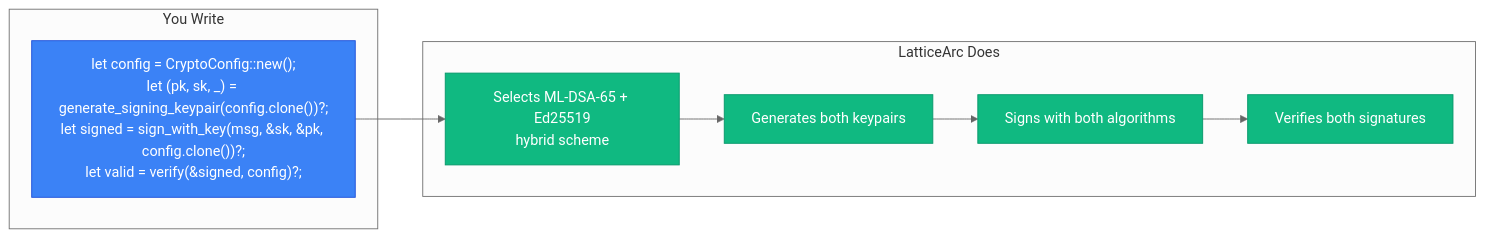
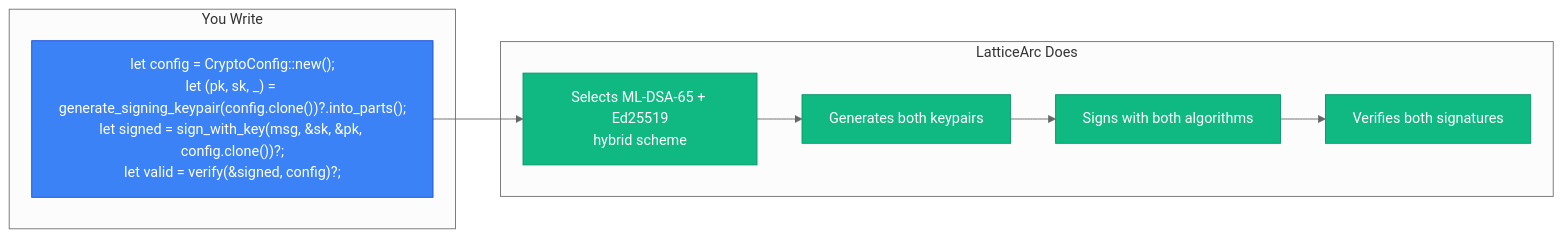
Before and after one commit to LatticeArc/latticearc: the first of 7 diagrams in docs/UNIFIED_API_GUIDE.md, drawn with Mermaid (neutral theme). The commit also changed other lines of this file and 29 other files, not shown here.

First line of the commit message:
release: v0.8.2 — SigningKeypair return type, error-mapping symmetry, MSan CI budget

````diff
--- a/docs/UNIFIED_API_GUIDE.md
+++ b/docs/UNIFIED_API_GUIDE.md
@@ -7,21 +7,21 @@
 ```mermaid
 flowchart LR
     subgraph "You Write"
-        CODE["let config = CryptoConfig::new();\nlet (pk, sk, _) = generate_signing_keypair(config.clone())?;\nlet signed = sign_with_key(msg, &sk, &pk, config.clone())?;\nlet valid = verify(&signed, config)?;"]
+        CODE["let config = CryptoConfig::new();\nlet (pk, sk, _) = generate_signing_keypair(config.clone())?.into_parts();\nlet signed = sign_with_key(msg, &sk, &pk, config.clone())?;\nlet valid = verify(&signed, config)?;"]
     end
 
     subgraph "LatticeArc Does"
         SEL["Selects ML-DSA-65 + Ed25519\nhybrid scheme"]
         GEN["Generates both keypairs"]
         SIGN["Signs with both algorithms"]
         VER["Verifies both signatures"]
     end
 
     CODE --> SEL --> GEN --> SIGN --> VER
 
     classDef you fill:#3b82f6,stroke:#1d4ed8,color:#fff
     classDef lib fill:#10b981,stroke:#059669,color:#fff
 
     class CODE you
     class SEL,GEN,SIGN,VER lib
 ```
````
